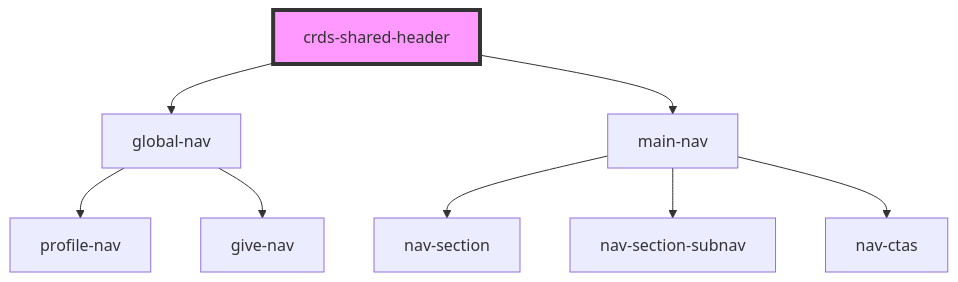
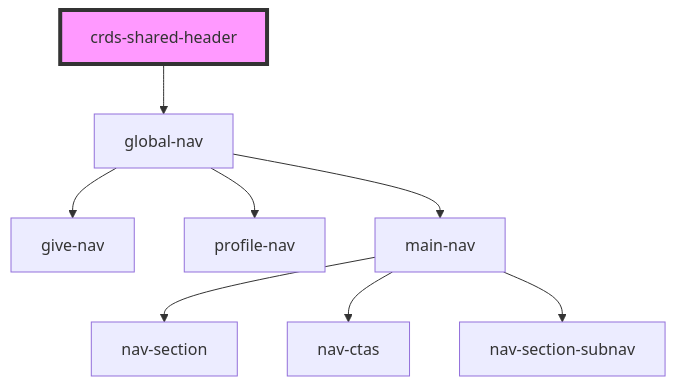
Before and after one commit to dholloran-ample/visual-regression-testing-IP: the diagram in src/components/crds-shared-header/readme.md, drawn with Mermaid. The commit also changed other lines of this file and 206 other files, not shown here.

````diff
--- a/src/components/crds-shared-header/readme.md
+++ b/src/components/crds-shared-header/readme.md
@@ -24,11 +23,11 @@
 ```mermaid
 graph TD;
   crds-shared-header --> global-nav
-  crds-shared-header --> main-nav
+  global-nav --> give-nav
   global-nav --> profile-nav
-  global-nav --> give-nav
+  global-nav --> main-nav
   main-nav --> nav-section
+  main-nav --> nav-ctas
   main-nav --> nav-section-subnav
-  main-nav --> nav-ctas
   style crds-shared-header fill:#f9f,stroke:#333,stroke-width:4px
 ```
````
